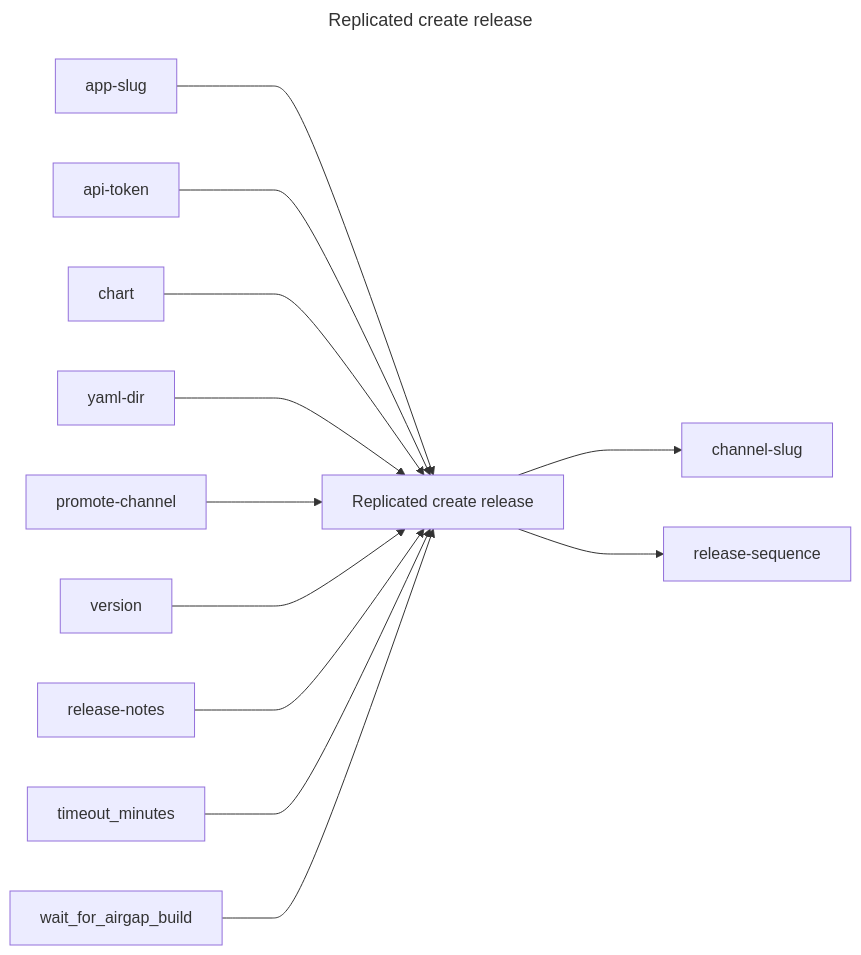
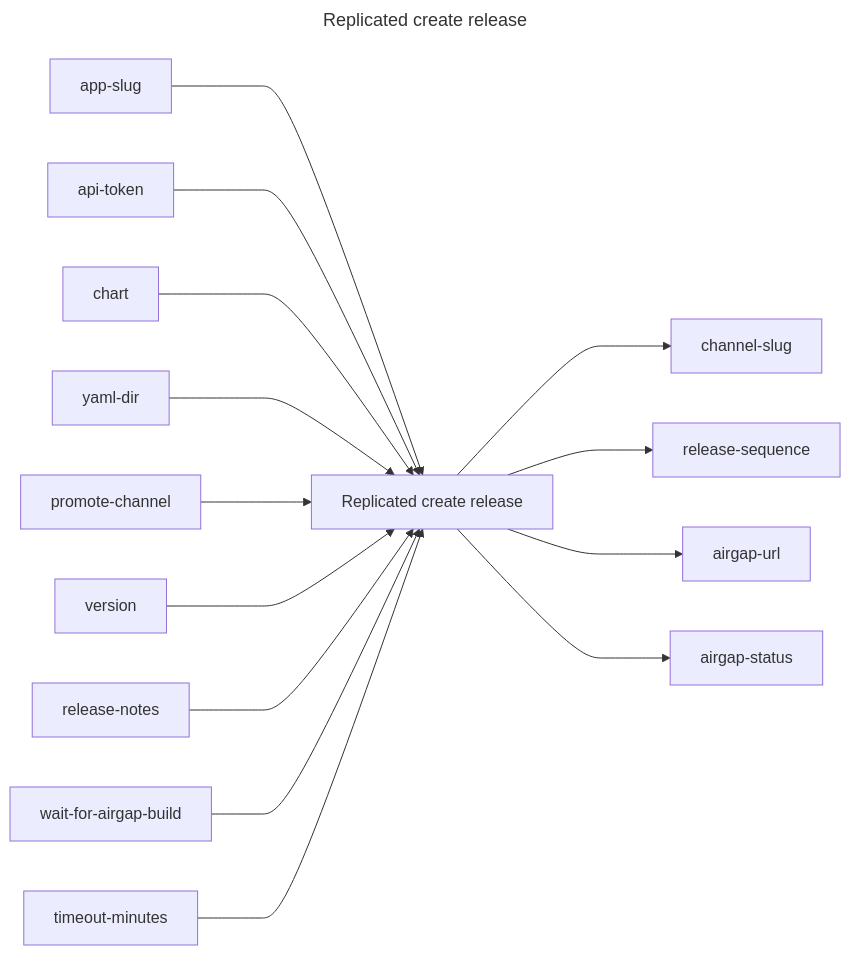
Before and after one commit to replicatedhq/replicated-actions: the diagram in create-release/README.md, drawn with Mermaid. The commit also changed other lines of this file, not shown here.

````diff
--- a/create-release/README.md
+++ b/create-release/README.md
@@ -3,27 +3,33 @@
 ```mermaid
 ---
 title: Replicated create release
 ---
 graph LR
 replicated_create_release["Replicated create release"]
 app_slug["app-slug"]
 api_token["api-token"]
 chart["chart"]
 yaml_dir["yaml-dir"]
 promote_channel["promote-channel"]
 version["version"]
 release_notes["release-notes"]
+wait_for_airgap_build["wait-for-airgap-build"]
+timeout_minutes["timeout-minutes"]
 channel_slug["channel-slug"]
 release_sequence["release-sequence"]
+airgap_url["airgap-url"]
+airgap_status["airgap-status"]
 app_slug ---> replicated_create_release
 api_token ---> replicated_create_release
 chart ---> replicated_create_release
 yaml_dir ---> replicated_create_release
 promote_channel ---> replicated_create_release
 version ---> replicated_create_release
 release_notes ---> replicated_create_release
+wait_for_airgap_build ---> replicated_create_release
 timeout_minutes ---> replicated_create_release
-wait_for_airgap_build ---> replicated_create_release
 replicated_create_release ---> channel_slug
 replicated_create_release ---> release_sequence
+replicated_create_release ---> airgap_url
+replicated_create_release ---> airgap_status
 ```
````
